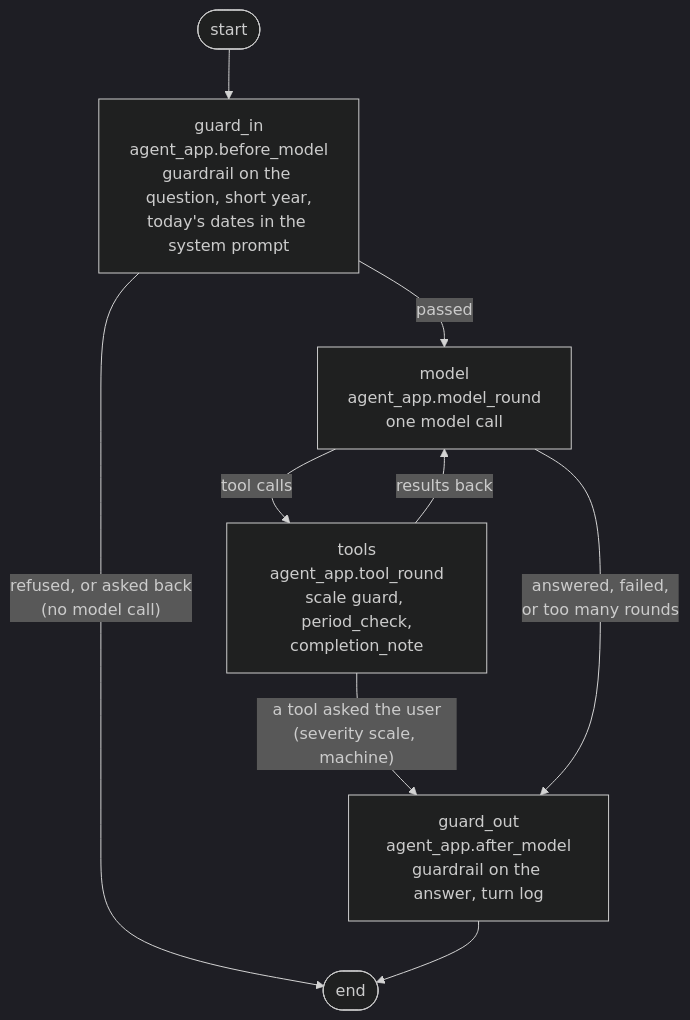
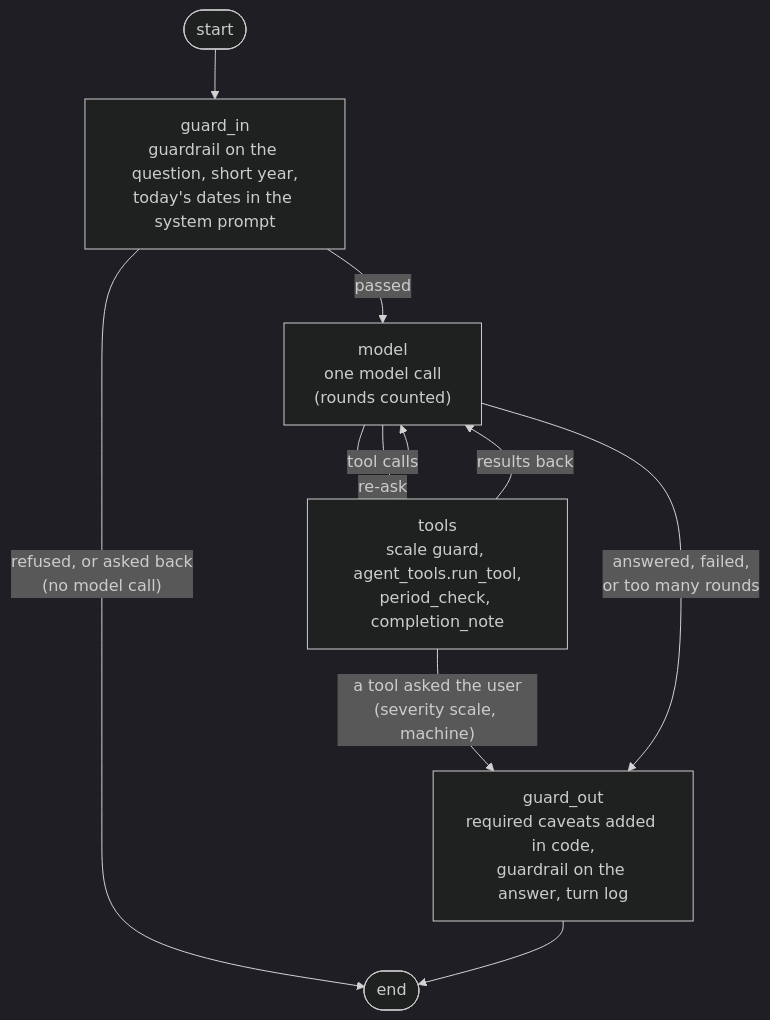
One commit to ensanguine2279/sctp-aie-m5-jurong-marine changed the first of 2 diagrams in docs/agent_graph.md. Above: the diagram before and after it, drawn with Mermaid (dark theme). The commit also changed other lines of this file and 23 other files, not shown here.

````diff
--- a/docs/agent_graph.md
+++ b/docs/agent_graph.md
@@ -11,11 +15,12 @@
 ```mermaid
 flowchart TD
-    S([start]) --> GI["guard_in<br/>agent_app.before_model<br/>guardrail on the question, short year,<br/>today's dates in the system prompt"]
+    S([start]) --> GI["guard_in<br/>guardrail on the question, short year,<br/>today's dates in the system prompt"]
     GI -- "refused, or asked back<br/>(no model call)" --> E([end])
-    GI -- passed --> M["model<br/>agent_app.model_round<br/>one model call"]
-    M -- "tool calls" --> T["tools<br/>agent_app.tool_round<br/>scale guard, period_check,<br/>completion_note"]
+    GI -- passed --> M["model<br/>one model call<br/>(rounds counted)"]
+    M -- "tool calls" --> T["tools<br/>scale guard, agent_tools.run_tool,<br/>period_check, completion_note"]
+    M -- "re-ask" --> M
     T -- "results back" --> M
     T -- "a tool asked the user<br/>(severity scale, machine)" --> GO
-    M -- "answered, failed,<br/>or too many rounds" --> GO["guard_out<br/>agent_app.after_model<br/>guardrail on the answer, turn log"]
+    M -- "answered, failed,<br/>or too many rounds" --> GO["guard_out<br/>required caveats added in code,<br/>guardrail on the answer, turn log"]
     GO --> E
 ```
````
